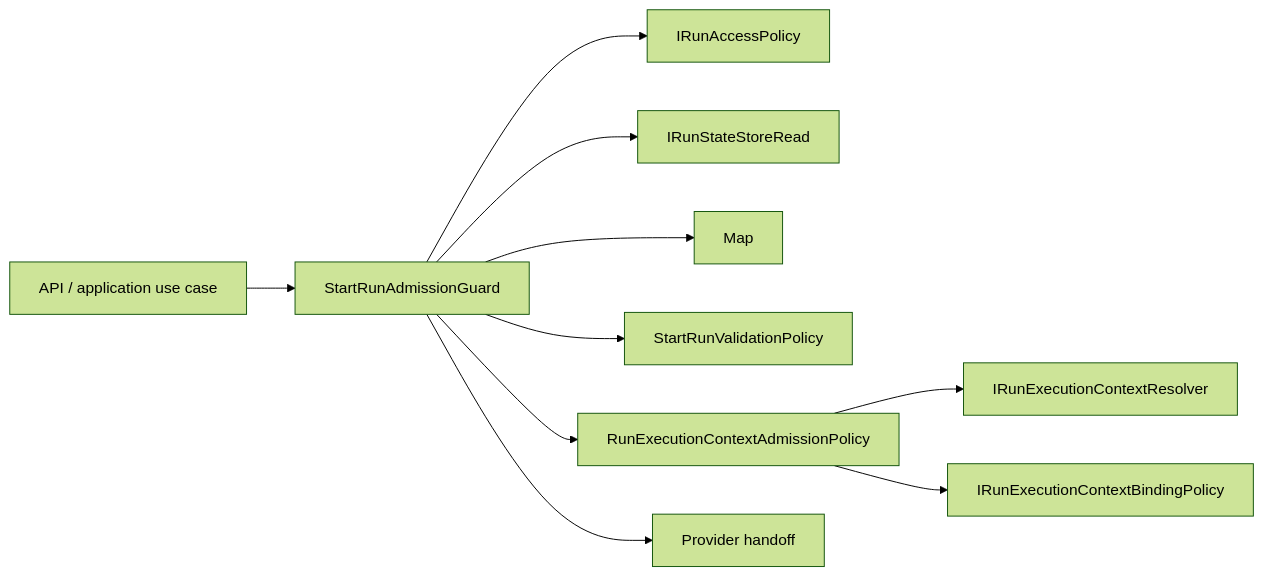
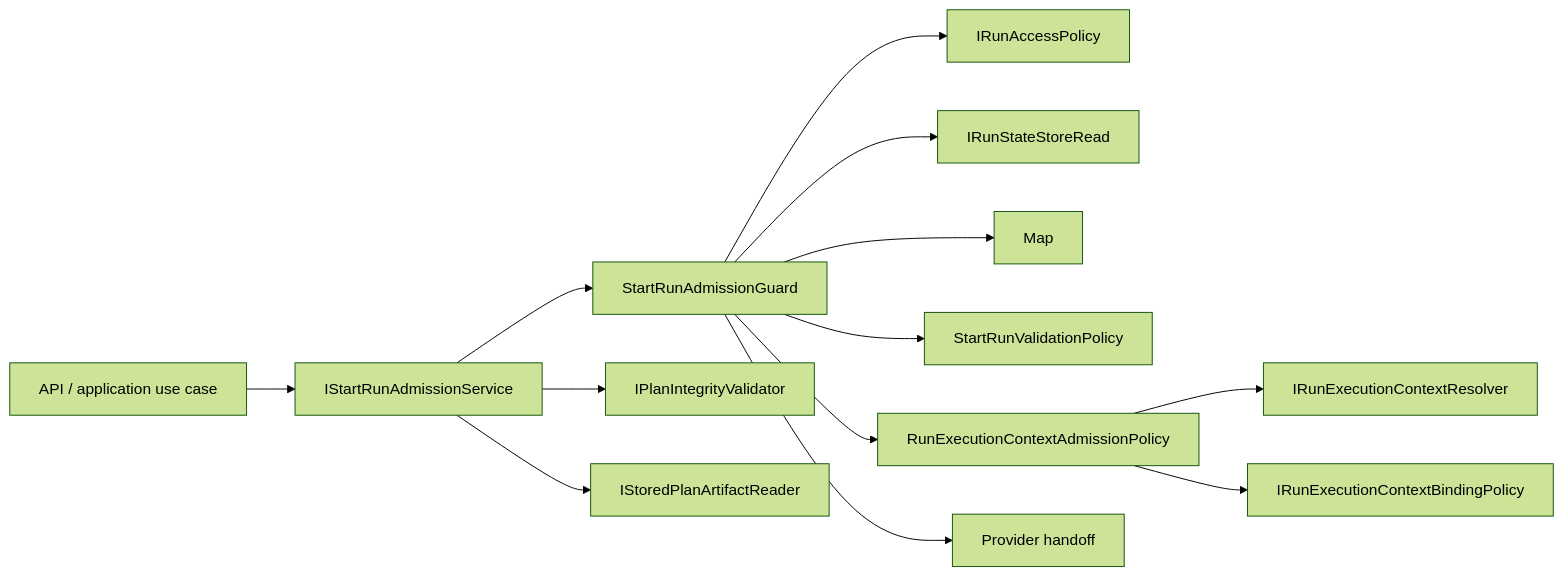
One commit to dunay2/dvt changed the second of 3 diagrams in docs/architecture/components/engine/architecture/start-run-admission-component.md. Above: the diagram before and after it, drawn with Mermaid (forest theme). The commit also changed other lines of this file and 3 other files, not shown here.

Commit message:
docs(engine): Align start-run admission documentation

````diff
--- a/docs/architecture/components/engine/architecture/start-run-admission-component.md
+++ b/docs/architecture/components/engine/architecture/start-run-admission-component.md
@@ -106,12 +108,15 @@
 ```mermaid
 flowchart LR
-  Api["API / application use case"] --> Guard["StartRunAdmissionGuard"]
+  Api["API / application use case"] --> Admission["IStartRunAdmissionService"]
+  Admission --> Guard["StartRunAdmissionGuard"]
+  Admission --> Integrity["IPlanIntegrityValidator"]
+  Admission --> PlanReader["IStoredPlanArtifactReader"]
   Guard --> Access["IRunAccessPolicy"]
   Guard --> State["IRunStateStoreRead"]
   Guard --> Adapters["Map<provider, IProviderAdapter>"]
   Guard --> Capabilities["StartRunValidationPolicy"]
   Guard --> ContextPolicy["RunExecutionContextAdmissionPolicy"]
   ContextPolicy --> Resolver["IRunExecutionContextResolver"]
   ContextPolicy --> Binding["IRunExecutionContextBindingPolicy"]
   Guard --> Provider["Provider handoff"]
 ```
````
